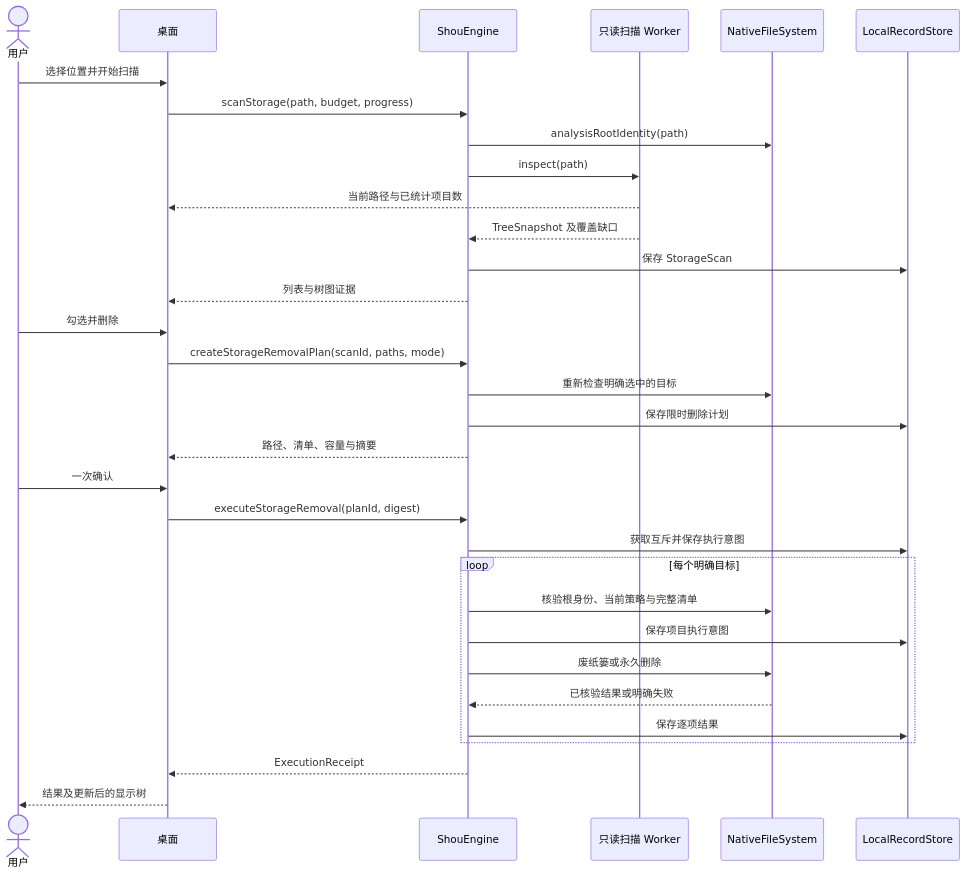
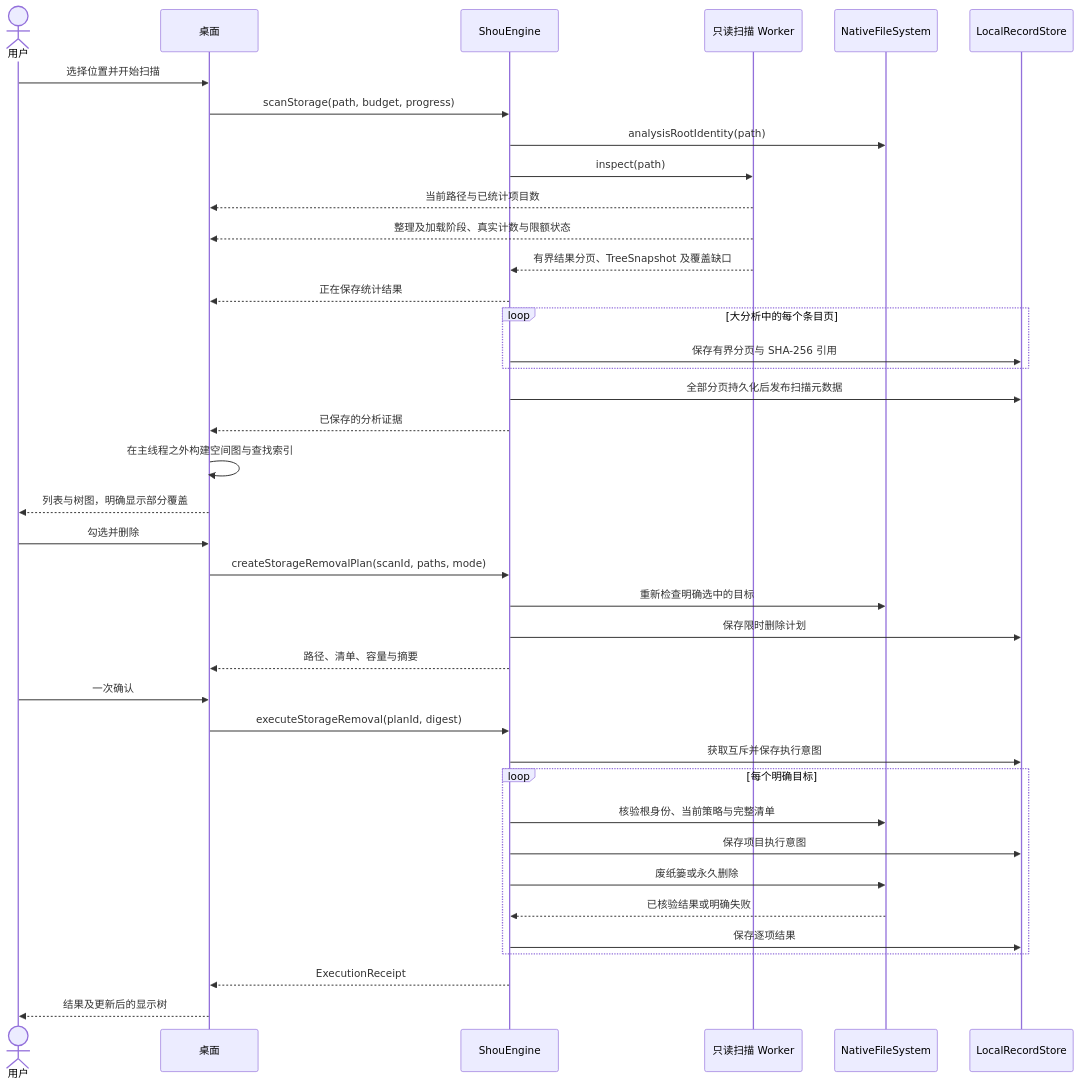
The third of 3 diagrams in docs/zh-CN/product/space-analysis.md (limecloud/shou), drawn with Mermaid before and after one commit. The commit also changed other lines of this file and 17 other files, not shown here.

````diff
--- a/docs/zh-CN/product/space-analysis.md
+++ b/docs/zh-CN/product/space-analysis.md
@@ -56,34 +64,41 @@
 ```mermaid
 sequenceDiagram
   actor User as 用户
   participant Desktop as 桌面
   participant Engine as ShouEngine
   participant Worker as 只读扫描 Worker
   participant FS as NativeFileSystem
   participant Store as LocalRecordStore
   User->>Desktop: 选择位置并开始扫描
   Desktop->>Engine: scanStorage(path, budget, progress)
   Engine->>FS: analysisRootIdentity(path)
   Engine->>Worker: inspect(path)
   Worker-->>Desktop: 当前路径与已统计项目数
-  Worker-->>Engine: TreeSnapshot 及覆盖缺口
-  Engine->>Store: 保存 StorageScan
-  Engine-->>Desktop: 列表与树图证据
+  Worker-->>Desktop: 整理及加载阶段、真实计数与限额状态
+  Worker-->>Engine: 有界结果分页、TreeSnapshot 及覆盖缺口
+  Engine-->>Desktop: 正在保存统计结果
+  loop 大分析中的每个条目页
+    Engine->>Store: 保存有界分页与 SHA-256 引用
+  end
+  Engine->>Store: 全部分页持久化后发布扫描元数据
+  Engine-->>Desktop: 已保存的分析证据
+  Desktop->>Desktop: 在主线程之外构建空间图与查找索引
+  Desktop-->>User: 列表与树图，明确显示部分覆盖
   User->>Desktop: 勾选并删除
   Desktop->>Engine: createStorageRemovalPlan(scanId, paths, mode)
   Engine->>FS: 重新检查明确选中的目标
   Engine->>Store: 保存限时删除计划
   Engine-->>Desktop: 路径、清单、容量与摘要
   User->>Desktop: 一次确认
   Desktop->>Engine: executeStorageRemoval(planId, digest)
   Engine->>Store: 获取互斥并保存执行意图
   loop 每个明确目标
     Engine->>FS: 核验根身份、当前策略与完整清单
     Engine->>Store: 保存项目执行意图
     Engine->>FS: 废纸篓或永久删除
     FS-->>Engine: 已核验结果或明确失败
     Engine->>Store: 保存逐项结果
   end
   Engine-->>Desktop: ExecutionReceipt
   Desktop-->>User: 结果及更新后的显示树
 ```
````
